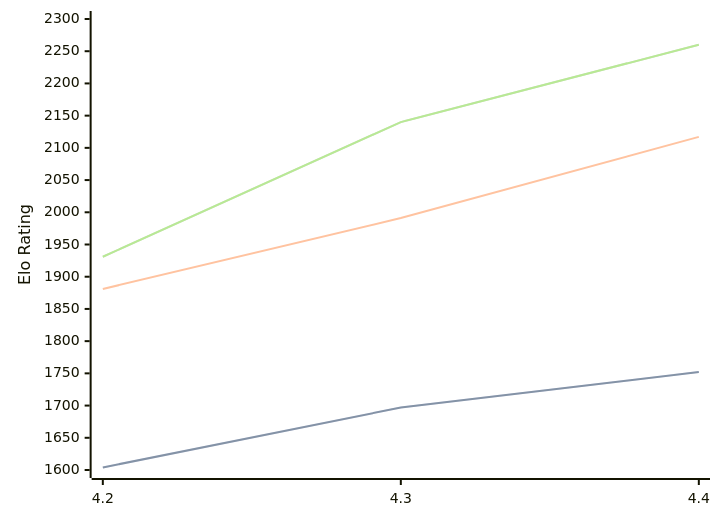
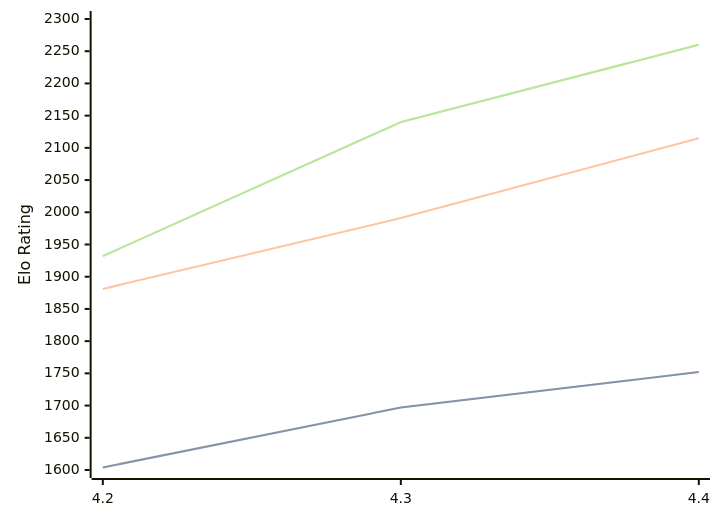
One commit to computer-chess-index/cci changed the diagram in engines/Radiance.md. Above: the diagram before and after it, drawn with Mermaid. The commit also changed other lines of this file, not shown here.

Commit message:
Update CCI Ratings (ELO VLTC) - 2026-05-03

````diff
--- a/engines/Radiance.md
+++ b/engines/Radiance.md
@@ -36,11 +36,11 @@
 ```mermaid
 %%{init: {"theme":"base","themeVariables":{"seriesColors:['#a3a3a3','#222221','#faa371']}}}%%
 xychart-beta
   x-axis ["4.2", "4.3", "4.4"]
   y-axis "Elo Rating" 1600 --> 2300
   line "STC (8.0+0.08s)" [1604, 1697, 1752]
   line "STC (8.0+0.08s)" [1604, 1697, 1752]
-  line "LTC (60.0+0.60s)" [1881, 1991, 2117]
-  line "VLTC (2m24s+1.12s)" [1931, 2140, 2260]
-  line "VLTC (2m24s+1.12s)" [1931, 2140, 2260]
+  line "LTC (60.0+0.60s)" [1881, 1991, 2115]
+  line "VLTC (2m24s+1.12s)" [1932, 2140, 2260]
+  line "VLTC (2m24s+1.12s)" [1932, 2140, 2260]
 ```
````
